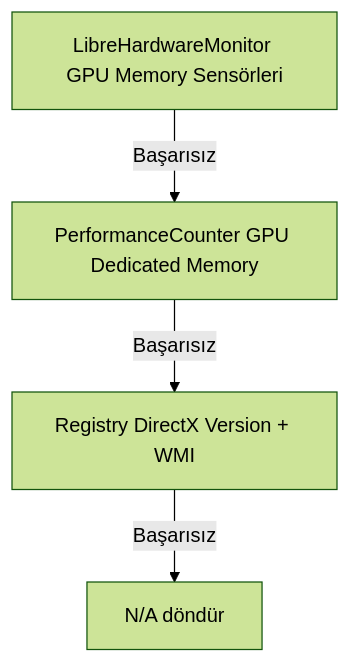
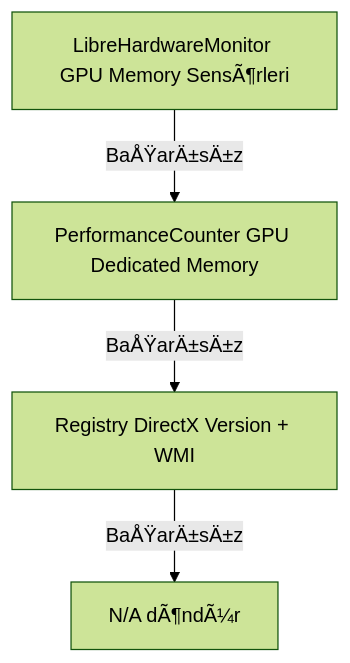
Before and after one commit to siklone/RegProbe: the third of 7 diagrams in Docs/ARCHITECTURE_DEEP_DIVE.md, drawn with Mermaid (forest theme). The commit also changed other lines of this file and 66 other files, not shown here.

````diff
--- a/Docs/ARCHITECTURE_DEEP_DIVE.md
+++ b/Docs/ARCHITECTURE_DEEP_DIVE.md
@@ -87,6 +87,6 @@
 ```mermaid
 graph TD
-    A[LibreHardwareMonitor GPU Memory Sensörleri] -->|Başarısız| B[PerformanceCounter GPU Dedicated Memory]
-    B -->|Başarısız| C[Registry DirectX Version + WMI]
-    C -->|Başarısız| D["N/A" döndür]
+    A[LibreHardwareMonitor GPU Memory SensÃ¶rleri] -->|BaÅŸarÄ±sÄ±z| B[PerformanceCounter GPU Dedicated Memory]
+    B -->|BaÅŸarÄ±sÄ±z| C[Registry DirectX Version + WMI]
+    C -->|BaÅŸarÄ±sÄ±z| D["N/A" dÃ¶ndÃ¼r]
 ```
````
